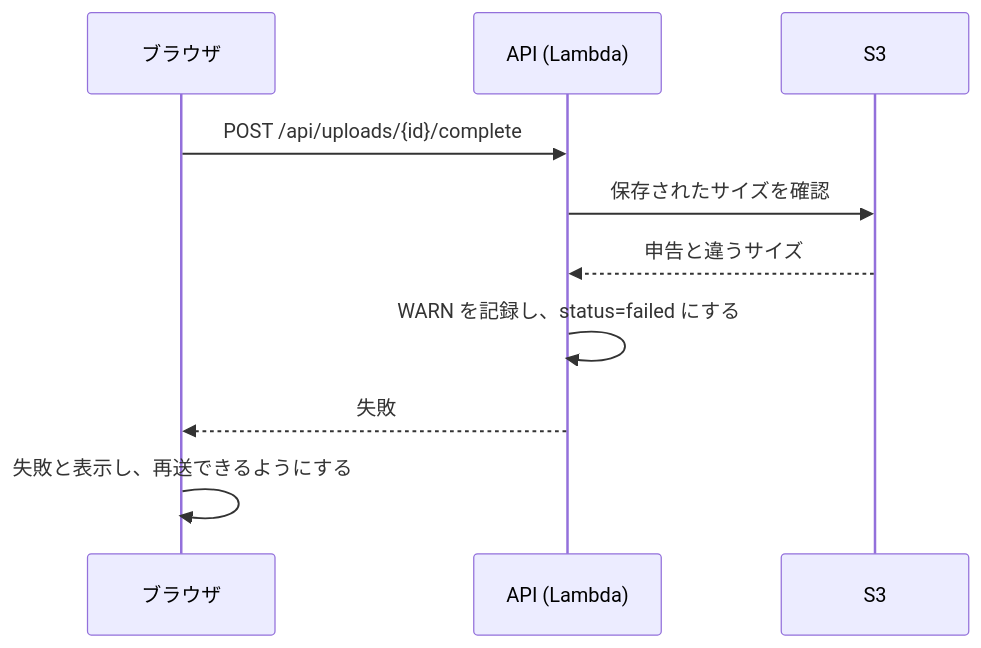
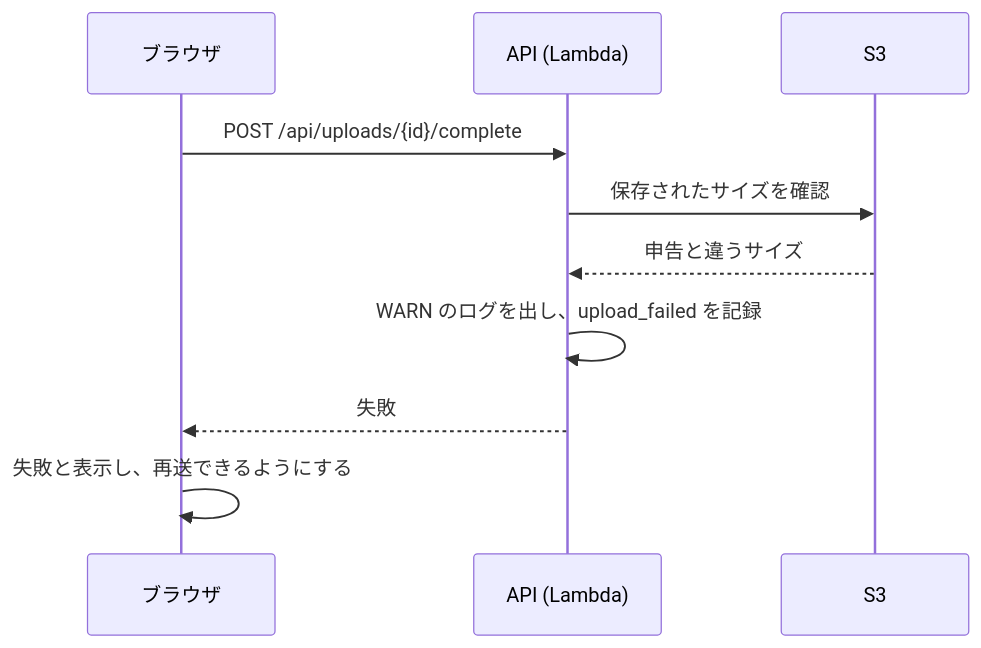
Before and after one commit to Inouey1008/family-video: the third of 4 diagrams in docs/specs/upload.md, drawn with Mermaid. The commit also changed other lines of this file and 1 other file, not shown here.

Commit message:
docs: videos の status 列をなくし、状態は最後のイベントから決める

````diff
--- a/docs/specs/upload.md
+++ b/docs/specs/upload.md
@@ -60,13 +60,13 @@
 ```mermaid
 sequenceDiagram
   participant B as ブラウザ
   participant A as API (Lambda)
   participant S as S3
 
   B->>A: POST /api/uploads/{id}/complete
   A->>S: 保存されたサイズを確認
   S-->>A: 申告と違うサイズ
-  A->>A: WARN を記録し、status=failed にする
+  A->>A: WARN のログを出し、upload_failed を記録
   A-->>B: 失敗
   B->>B: 失敗と表示し、再送できるようにする
 ```
````
